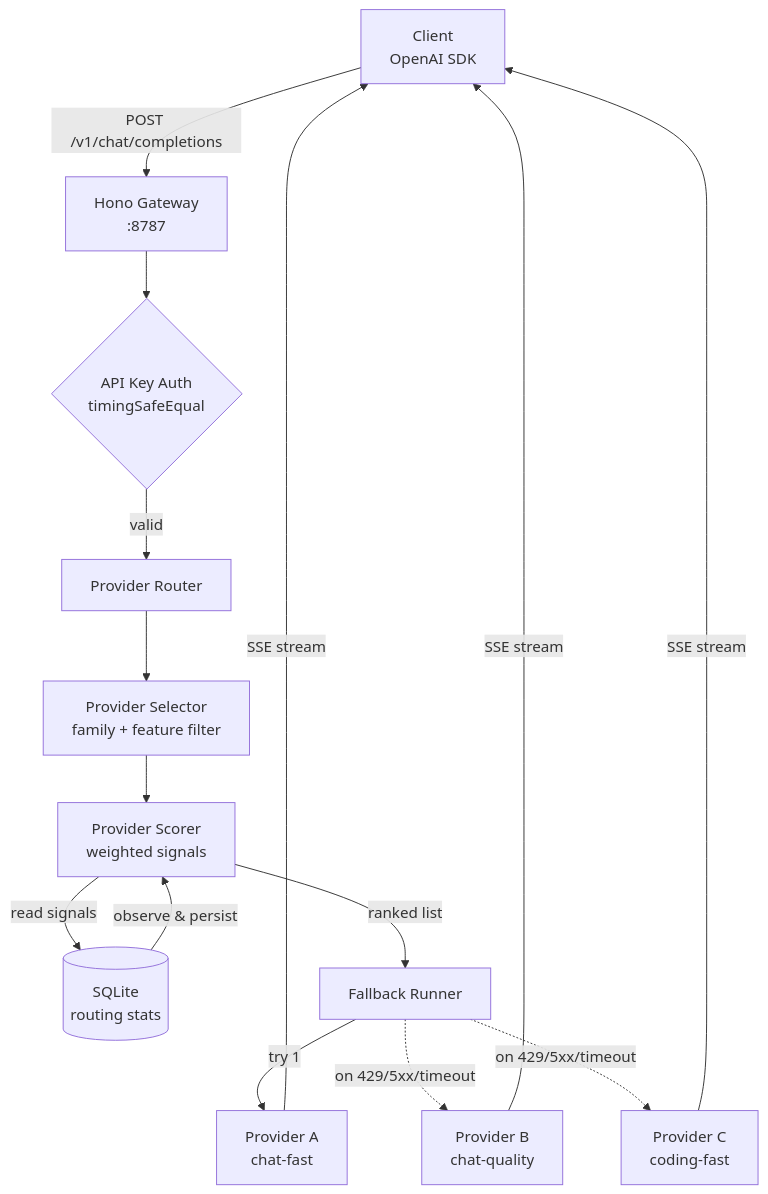
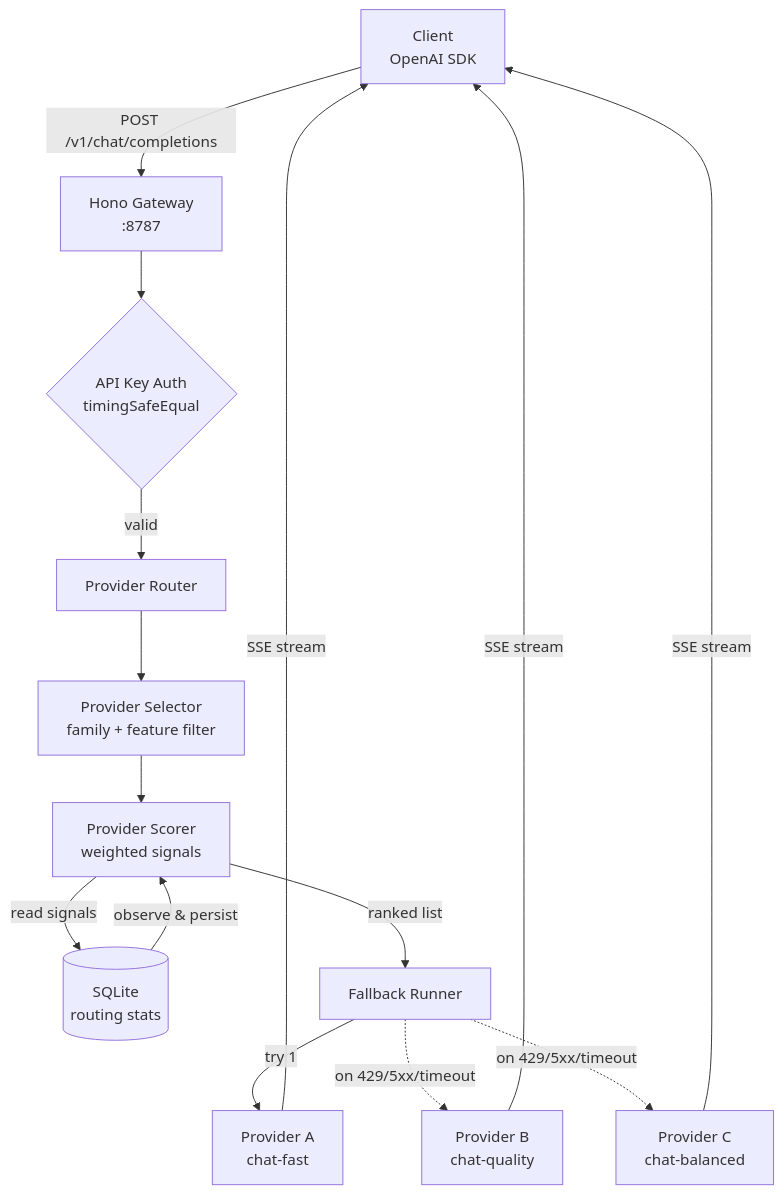
The diagram in README.md (raindragon14/omnigate), drawn with Mermaid before and after one commit. The commit also changed other lines of this file and 23 other files, not shown here.

````diff
--- a/README.md
+++ b/README.md
@@ -69,17 +69,17 @@
 ```mermaid
 flowchart TD
     Client[Client<br/>OpenAI SDK] -->|POST /v1/chat/completions| Gateway[Hono Gateway<br/>:8787]
     Gateway --> Auth{API Key Auth<br/>timingSafeEqual}
     Auth -->|valid| Router[Provider Router]
     Router --> Selector[Provider Selector<br/>family + feature filter]
     Selector --> Scorer[Provider Scorer<br/>weighted signals]
     Scorer -->|read signals| SQLite[(SQLite<br/>routing stats)]
     Scorer -->|ranked list| Fallback[Fallback Runner]
     Fallback -->|try 1| ProviderA[Provider A<br/>chat-fast]
     Fallback -.->|on 429/5xx/timeout| ProviderB[Provider B<br/>chat-quality]
-    Fallback -.->|on 429/5xx/timeout| ProviderC[Provider C<br/>coding-fast]
+    Fallback -.->|on 429/5xx/timeout| ProviderC[Provider C<br/>chat-balanced]
     ProviderA -->|SSE stream| Client
     ProviderB -->|SSE stream| Client
     ProviderC -->|SSE stream| Client
     SQLite -->|observe & persist| Scorer
 ```
````
